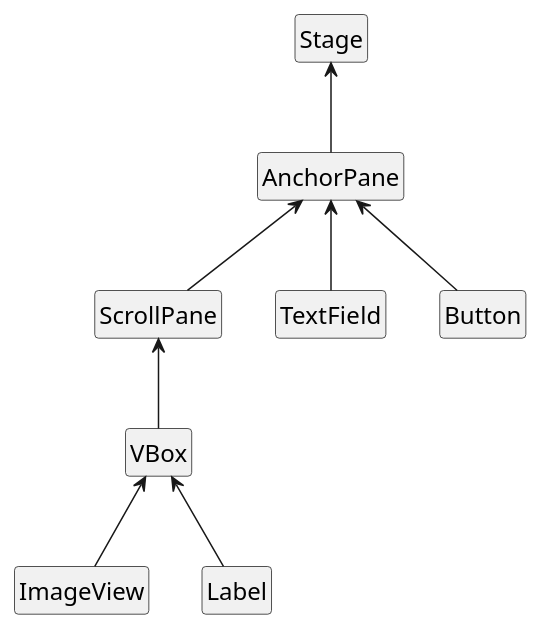
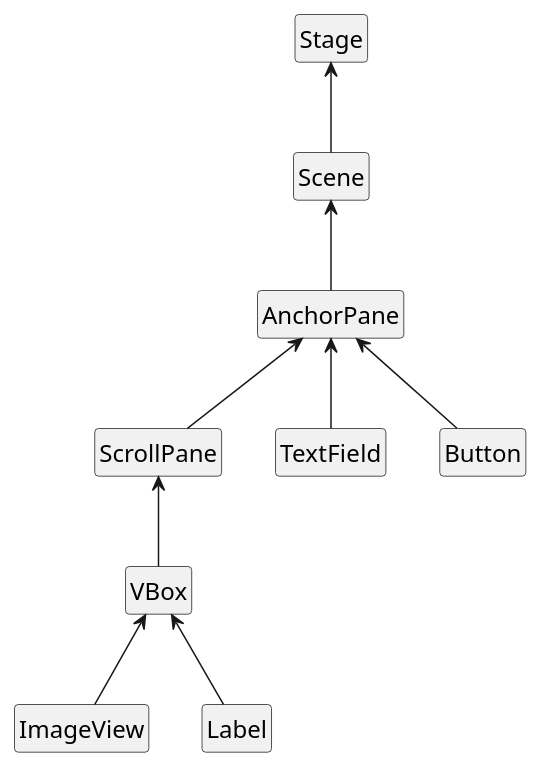
The diagram in tutorials/javaFxPart2.md (se-edu/guides), drawn with PlantUML before and after one commit. The commit also changed other lines of this file and 5 other files, not shown here.

```diff
--- a/tutorials/javaFxPart2.md
+++ b/tutorials/javaFxPart2.md
@@ -51,24 +51,26 @@
 @startuml
 hide members
 hide circle
 skinparam shadowing false
 skinparam ClassFontSize 16
 skinparam ClassFontName Arial
 
 class Stage
+class Scene
 class AnchorPane
 class ScrollPane
 class VBox
 class ImageView
 class Label
 
-AnchorPane -up-> Stage
+Scene -up-> Stage
+AnchorPane -up-> Scene
 ScrollPane -up-> AnchorPane
 
 TextField -up-> AnchorPane
 Button -up-> AnchorPane
 
 VBox -up-> ScrollPane
 ImageView -up-> VBox
 Label -up-> VBox
 @enduml
```
